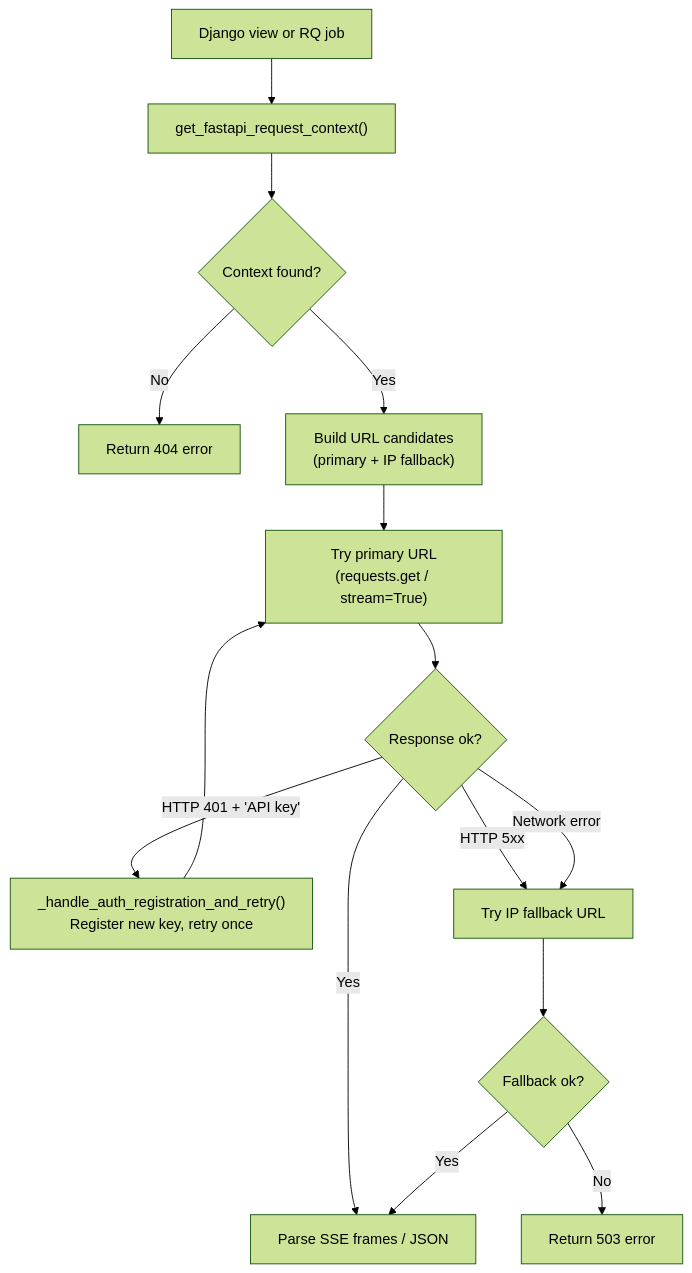
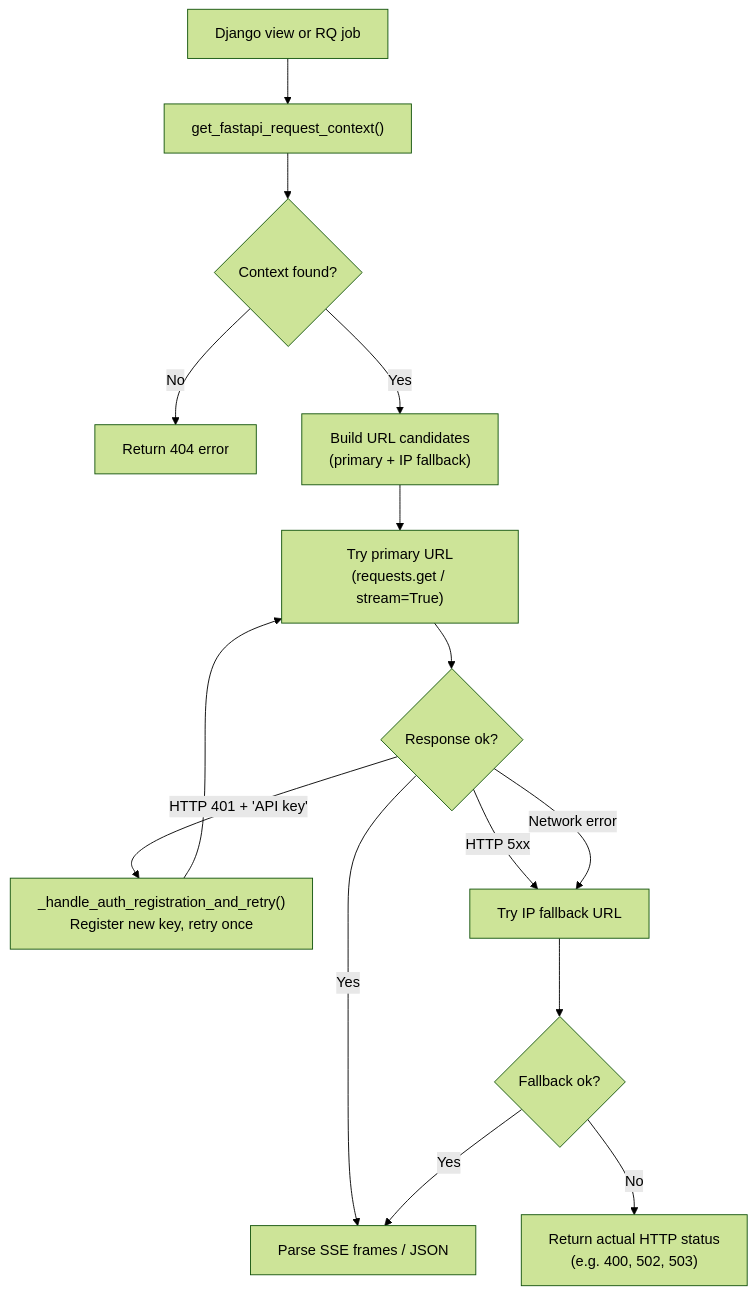
The first of 2 diagrams in docs/developer/backend-integration.md (emersonfelipesp/netbox-proxbox), drawn with Mermaid (forest theme) before and after one commit. The commit also changed other lines of this file and 8 other files, not shown here.

````diff
--- a/docs/developer/backend-integration.md
+++ b/docs/developer/backend-integration.md
@@ -50,17 +50,17 @@
 ```mermaid
 flowchart TD
     A["Django view or RQ job"] --> B["get_fastapi_request_context()"]
     B --> C{Context found?}
     C -- No --> D["Return 404 error"]
     C -- Yes --> E["Build URL candidates\n(primary + IP fallback)"]
     E --> F["Try primary URL\n(requests.get / stream=True)"]
     F --> G{Response ok?}
     G -- Yes --> H["Parse SSE frames / JSON"]
     G -- "HTTP 401 + 'API key'" --> I["_handle_auth_registration_and_retry()\nRegister new key, retry once"]
     G -- "HTTP 5xx" --> J["Try IP fallback URL"]
     G -- "Network error" --> J
     J --> K{Fallback ok?}
     K -- Yes --> H
-    K -- No --> L["Return 503 error"]
+    K -- No --> L["Return actual HTTP status\n(e.g. 400, 502, 503)"]
     I --> F
 ```
````
